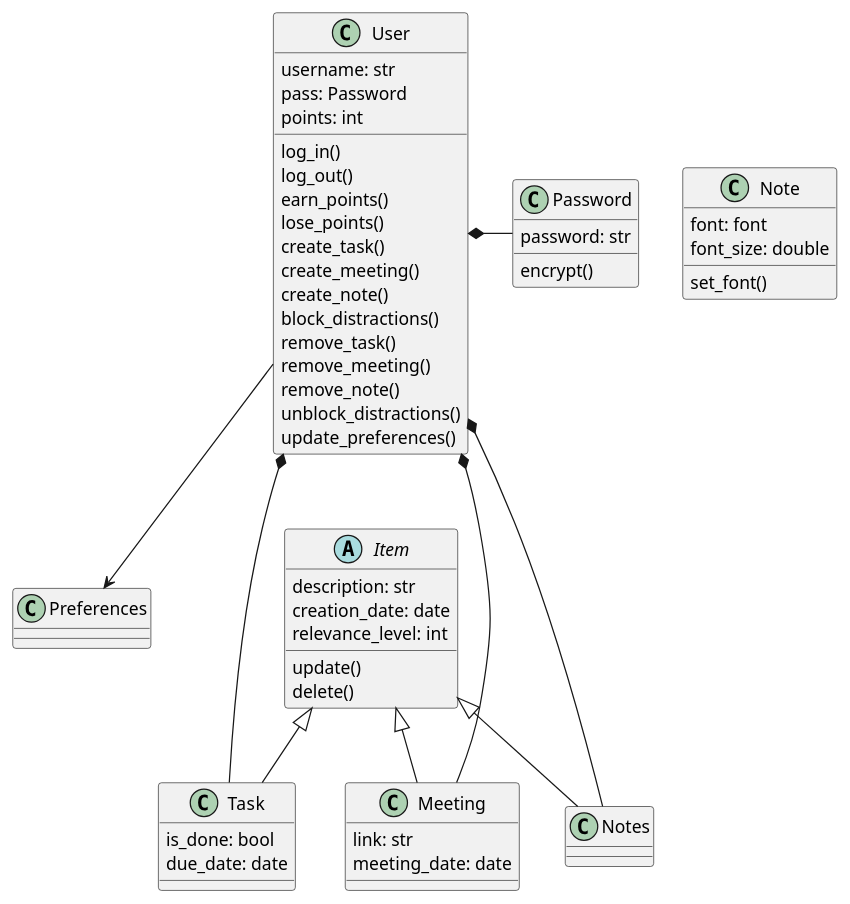
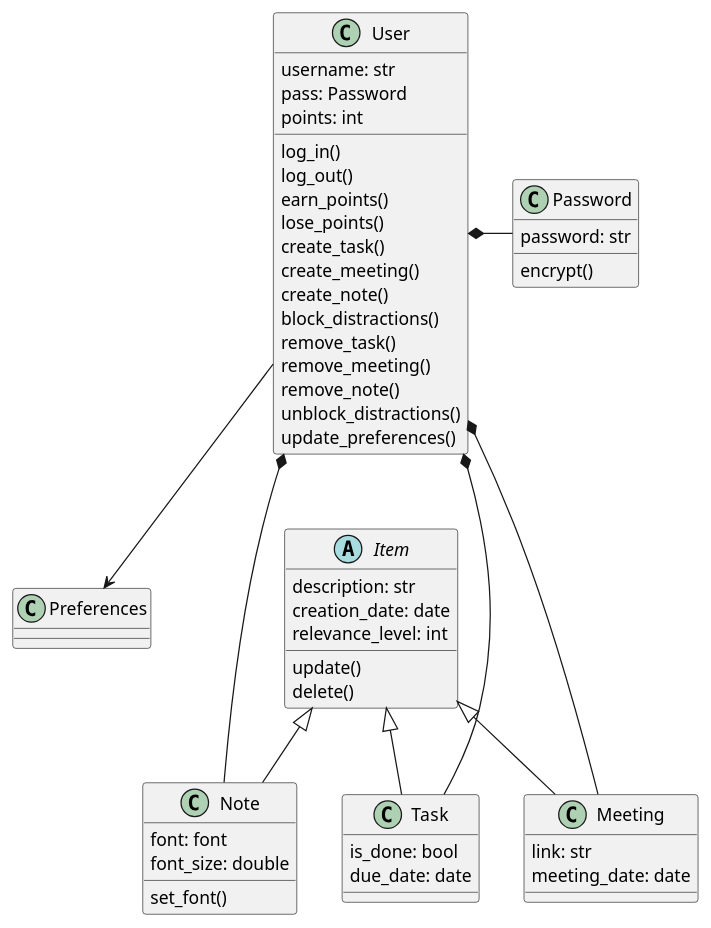
One commit to ATJaime/AJCalendar changed the diagram in Proyecto.puml. Above: the diagram before and after it, drawn with PlantUML.

Commit message:
Actualización de UML

```diff
--- a/Proyecto.puml
+++ b/Proyecto.puml
@@ -1,73 +1,73 @@
 @startuml Proyecto 
 
 class Password{
     password: str
     encrypt()
 }
 
 class User{
     username: str
     pass: Password
     points: int
 
     log_in()
     log_out() 
     earn_points()
     lose_points() 
     create_task()
     create_meeting()
     create_note()
     block_distractions()
     remove_task()
     remove_meeting()
     remove_note()
     unblock_distractions()
     update_preferences()  
 }
 
 abstract class "Item"{
     description: str
     creation_date: date 
     relevance_level: int
 
     update()
     delete()
 }
 
 class Note{
     font: font 
     font_size: double
     
     set_font()
 }
 
 class Task{
     is_done: bool
     due_date: date
 }
 
 class Meeting{
     link: str
     meeting_date: date
 }
 
 class Preferences{
 
 }
 
 
 
 Item <|-- Task
 Item <|-- Meeting
-Item <|-- Notes
+Item <|-- Note
 
 User *-- Task
 User *--- Meeting
-User *--- Notes
+User *--- Note
 
 User *- Password
 
 User --> Preferences
 
 
 @enduml
```
